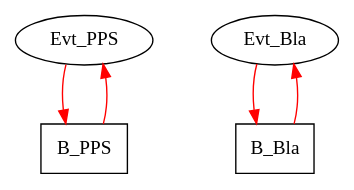
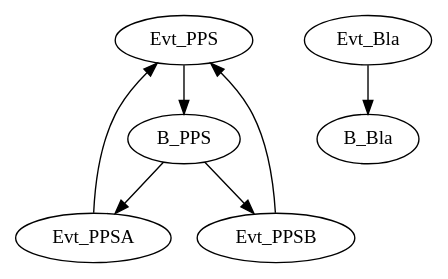
Before and after one commit to GSI-CS-CO/bel_projects: the diagram in modules/ftm/ftmx86/test.dot, drawn with Graphviz. The commit also changed 5 other files, not shown here.

```diff
--- a/modules/ftm/ftmx86/test.dot
+++ b/modules/ftm/ftmx86/test.dot
@@ -1,18 +1,32 @@
 digraph g {
-name="PPSv01";
+name="helloadv";
 
-graph [root="Evt_PPS",  rankdir=TB, nodesep=0.6, mindist=0.6, ranksep=0.6, overlap=false]
-node  [type="TMsg",   shape="rectangle", style="filled", fillcolor="white", color="black", cpu="0"]
-edge  [type="defdst", color="red"]
+graph []
+edge  [type="defdst"]
 
-Evt_PPS             [type="TMsg",         tOffs=          0,   id="0x0000000000000001", par="0x123", shape="oval"];
-B_PPS               [type="Block",      tPeriod=1000000000];
+subgraph cpu0 {
+  node  [cpu="0"];
 
-Evt_PPS -> B_PPS  -> Evt_PPS;
+  Evt_PPS   [type="TMsg",   tOffs=          0,   fid=2, gid=5, evtno=205, sid=2, bpid=8, par="0x123"];
+  B_PPS     [type="block",  tPeriod=1000000000,  qLo="1"];
+  Evt_PPSA  [type="TMsg",   tOffs=          0,   fid=2, gid=5, evtno=205, sid=2, bpid=8, par="0x1"];
+  Evt_PPSB  [type="TMsg",   tOffs=          0,   fid=2, gid=5, evtno=205, sid=2, bpid=8, par="0x1" ];
 
-Evt_Bla             [type="TMsg",         tOffs=          0,   id="0x0000000000000001", par="0x123", shape="oval", cpu="1"];
-B_Bla               [type="Block",      tPeriod=1000000000, cpu="1"];
+  Evt_PPS   -> B_PPS;
+  B_PPS     -> Evt_PPSA;
+  B_PPS     -> Evt_PPSB [type="altdst"];
+  Evt_PPSA  -> Evt_PPS;
+  Evt_PPSB  -> Evt_PPS;
+}
 
-Evt_Bla -> B_Bla  -> Evt_Bla;
+subgraph cpu1 {
+  node  [cpu="1"];
+
+  Evt_Bla [type="TMsg",   tOffs=           0, id="0x0000000000000001", par="0x0"];
+  B_Bla   [type="block",  tPeriod=1000000000];
+
+  Evt_Bla -> B_Bla;
 
 }
+
+}
```
